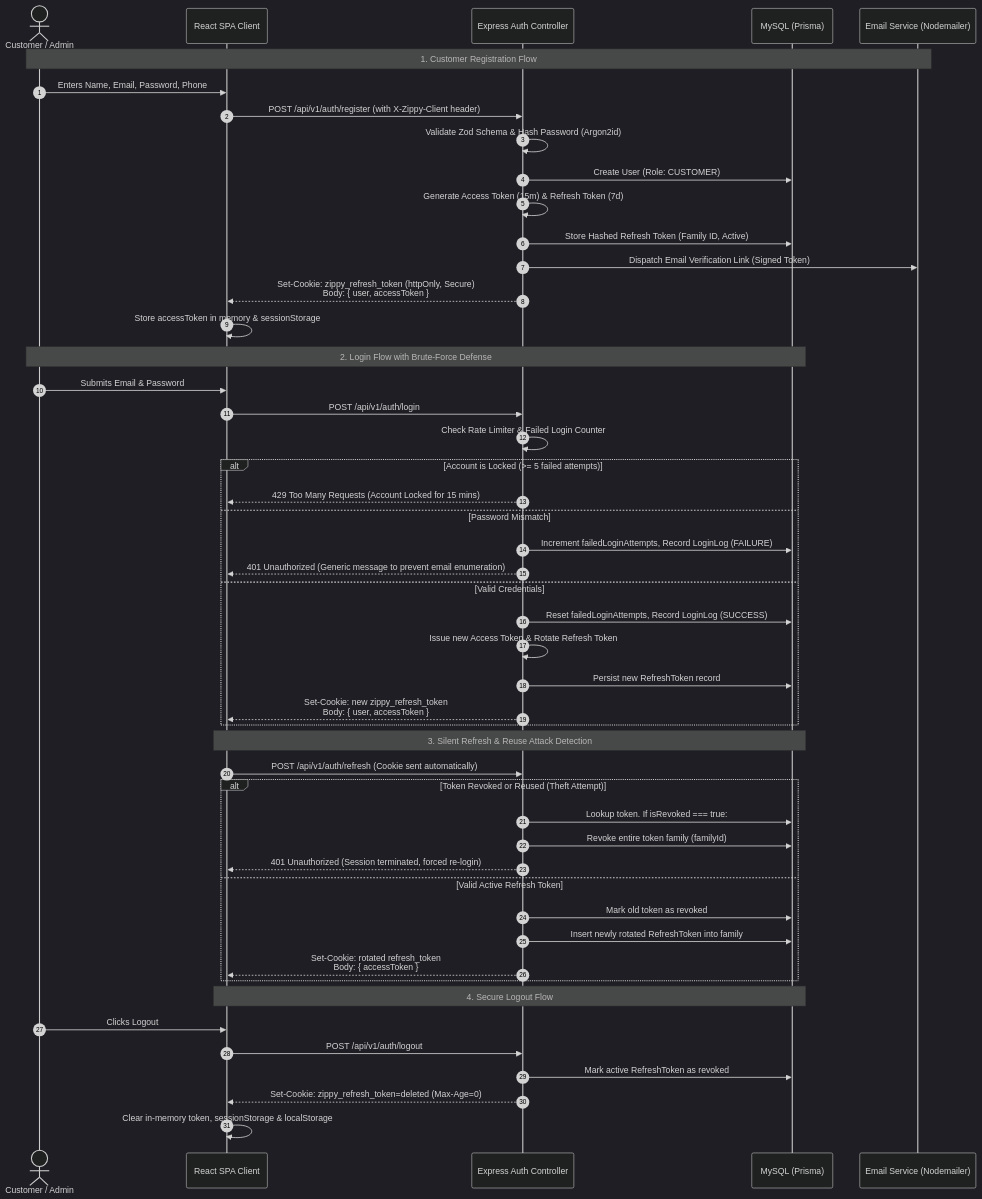
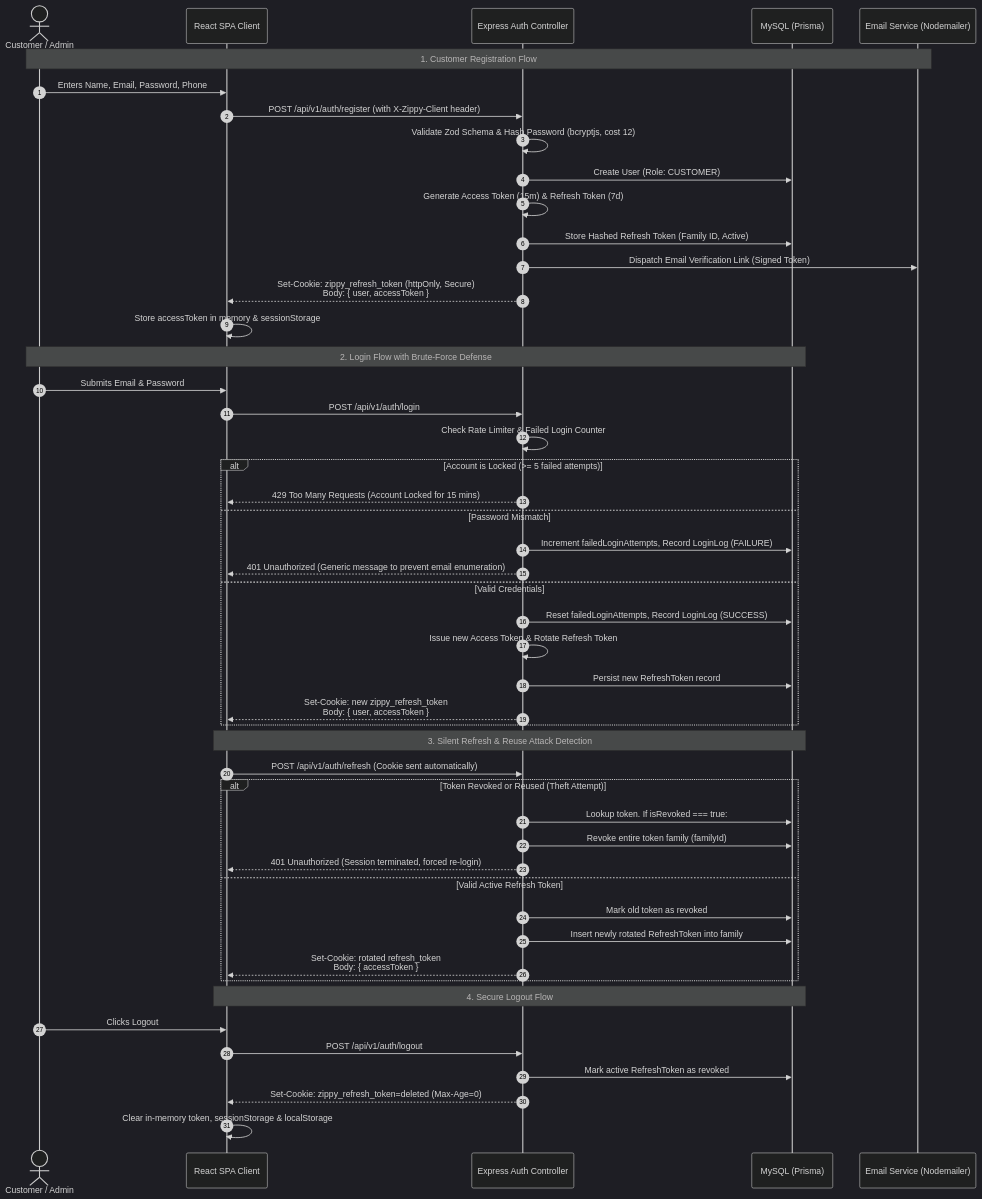
One commit to ShaikhHamza104/Zippy changed the second of 7 diagrams in docs/APPLICATION_FLOW.md. Above: the diagram before and after it, drawn with Mermaid (dark theme). The commit also changed 21 other files, not shown here.

````diff
--- a/docs/APPLICATION_FLOW.md
+++ b/docs/APPLICATION_FLOW.md
@@ -77,59 +77,59 @@
 ```mermaid
 sequenceDiagram
     autonumber
     actor User as Customer / Admin
     participant Client as React SPA Client
     participant API as Express Auth Controller
     participant MySQL as MySQL (Prisma)
     participant Mailer as Email Service (Nodemailer)
 
     %% Registration Flow
     Note over User,Mailer: 1. Customer Registration Flow
     User->>Client: Enters Name, Email, Password, Phone
     Client->>API: POST /api/v1/auth/register (with X-Zippy-Client header)
-    API->>API: Validate Zod Schema & Hash Password (Argon2id)
+    API->>API: Validate Zod Schema & Hash Password (bcryptjs, cost 12)
     API->>MySQL: Create User (Role: CUSTOMER)
     API->>API: Generate Access Token (15m) & Refresh Token (7d)
     API->>MySQL: Store Hashed Refresh Token (Family ID, Active)
     API->>Mailer: Dispatch Email Verification Link (Signed Token)
     API-->>Client: Set-Cookie: zippy_refresh_token (httpOnly, Secure)<br/>Body: { user, accessToken }
     Client->>Client: Store accessToken in memory & sessionStorage
 
     %% Login & Rate Limiting Flow
     Note over User,MySQL: 2. Login Flow with Brute-Force Defense
     User->>Client: Submits Email & Password
     Client->>API: POST /api/v1/auth/login
     API->>API: Check Rate Limiter & Failed Login Counter
     alt Account is Locked (>= 5 failed attempts)
         API-->>Client: 429 Too Many Requests (Account Locked for 15 mins)
     else Password Mismatch
         API->>MySQL: Increment failedLoginAttempts, Record LoginLog (FAILURE)
         API-->>Client: 401 Unauthorized (Generic message to prevent email enumeration)
     else Valid Credentials
         API->>MySQL: Reset failedLoginAttempts, Record LoginLog (SUCCESS)
         API->>API: Issue new Access Token & Rotate Refresh Token
         API->>MySQL: Persist new RefreshToken record
         API-->>Client: Set-Cookie: new zippy_refresh_token<br/>Body: { user, accessToken }
     end
 
     %% Silent Refresh & Reuse Attack Detection
     Note over Client,MySQL: 3. Silent Refresh & Reuse Attack Detection
     Client->>API: POST /api/v1/auth/refresh (Cookie sent automatically)
     alt Token Revoked or Reused (Theft Attempt)
         API->>MySQL: Lookup token. If isRevoked === true:
         API->>MySQL: Revoke entire token family (familyId)
         API-->>Client: 401 Unauthorized (Session terminated, forced re-login)
     else Valid Active Refresh Token
         API->>MySQL: Mark old token as revoked
         API->>MySQL: Insert newly rotated RefreshToken into family
         API-->>Client: Set-Cookie: rotated refresh_token<br/>Body: { accessToken }
     end
 
     %% Logout Flow
     Note over Client,MySQL: 4. Secure Logout Flow
     User->>Client: Clicks Logout
     Client->>API: POST /api/v1/auth/logout
     API->>MySQL: Mark active RefreshToken as revoked
     API-->>Client: Set-Cookie: zippy_refresh_token=deleted (Max-Age=0)
     Client->>Client: Clear in-memory token, sessionStorage & localStorage
 ```
````
